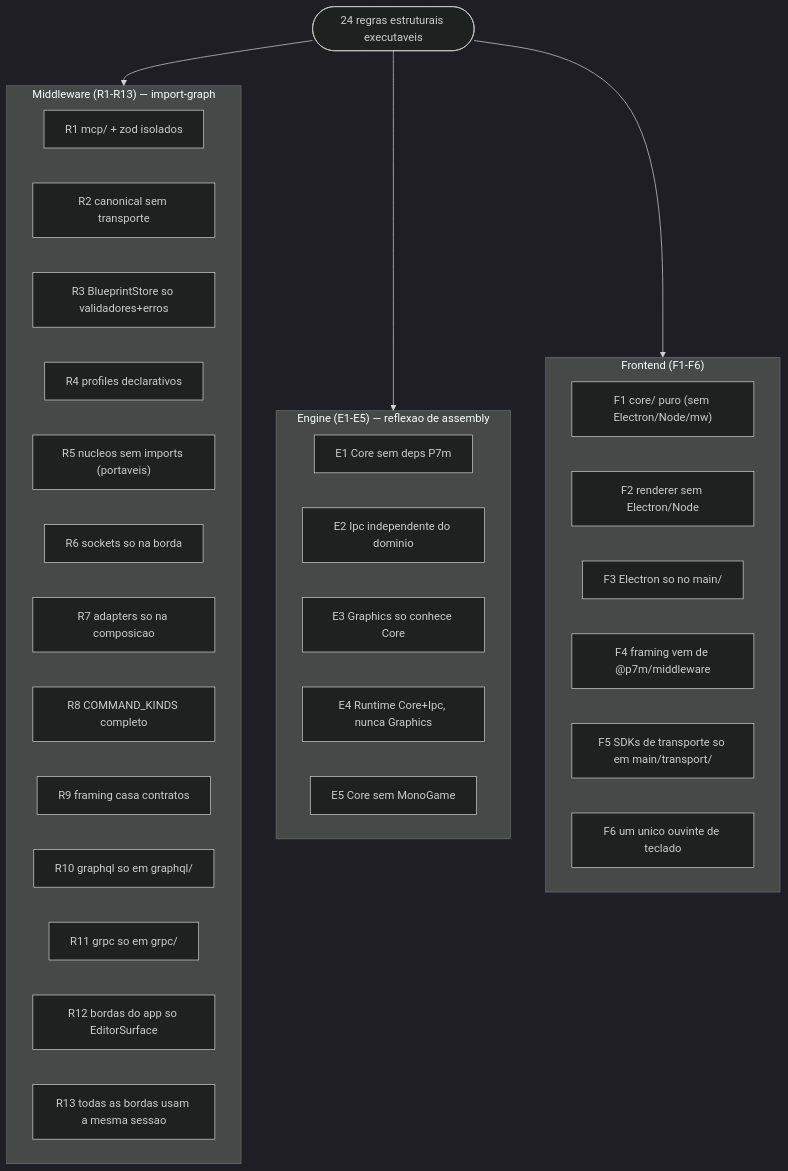
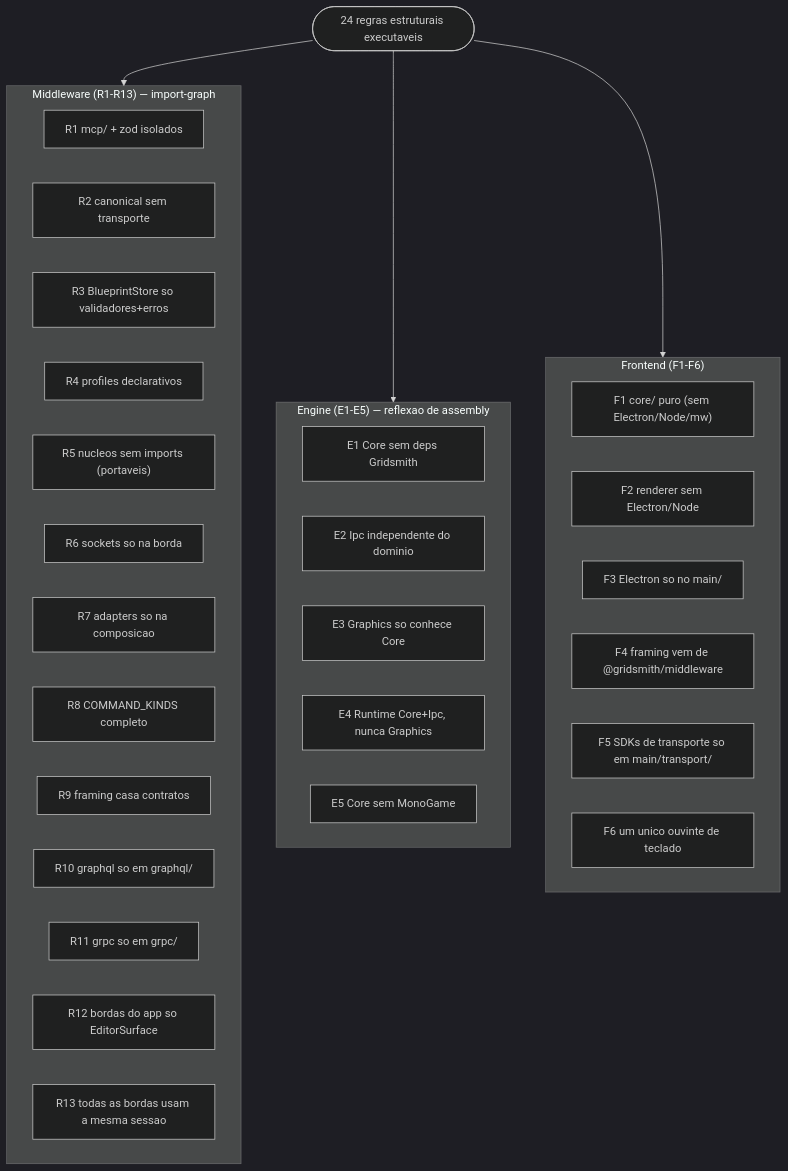
Before and after one commit to flaviotinococoutinho/Gridsmith: the second of 5 diagrams in docs/GOVERNANCE.md, drawn with Mermaid (dark theme). The commit also changed other lines of this file and 220 other files, not shown here.

````diff
--- a/docs/GOVERNANCE.md
+++ b/docs/GOVERNANCE.md
@@ -69,36 +69,36 @@
 ```mermaid
 graph TD
   ROOT(["24 regras estruturais executaveis"]) --> MWg
   ROOT --> ENg
   ROOT --> FEg
   subgraph MWg["Middleware (R1-R13) — import-graph"]
     R1["R1 mcp/ + zod isolados"]
     R2["R2 canonical sem transporte"]
     R3["R3 BlueprintStore so validadores+erros"]
     R4["R4 profiles declarativos"]
     R5["R5 nucleos sem imports (portaveis)"]
     R6["R6 sockets so na borda"]
     R7["R7 adapters so na composicao"]
     R8["R8 COMMAND_KINDS completo"]
     R9["R9 framing casa contratos"]
     R10["R10 graphql so em graphql/"]
     R11["R11 grpc so em grpc/"]
     R12["R12 bordas do app so EditorSurface"]
     R13["R13 todas as bordas usam a mesma sessao"]
   end
   subgraph ENg["Engine (E1-E5) — reflexao de assembly"]
-    E1["E1 Core sem deps P7m"]
+    E1["E1 Core sem deps Gridsmith"]
     E2["E2 Ipc independente do dominio"]
     E3["E3 Graphics so conhece Core"]
     E4["E4 Runtime Core+Ipc, nunca Graphics"]
     E5["E5 Core sem MonoGame"]
   end
   subgraph FEg["Frontend (F1-F6)"]
     F1["F1 core/ puro (sem Electron/Node/mw)"]
     F2["F2 renderer sem Electron/Node"]
     F3["F3 Electron so no main/"]
-    F4["F4 framing vem de @p7m/middleware"]
+    F4["F4 framing vem de @gridsmith/middleware"]
     F5["F5 SDKs de transporte so em main/transport/"]
     F6["F6 um unico ouvinte de teclado"]
   end
 ```
````
